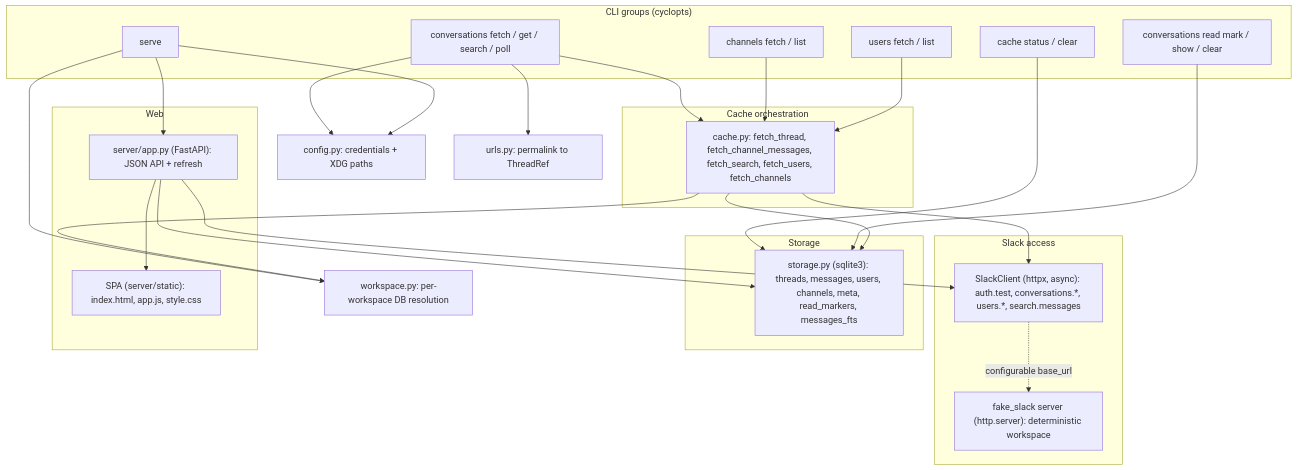
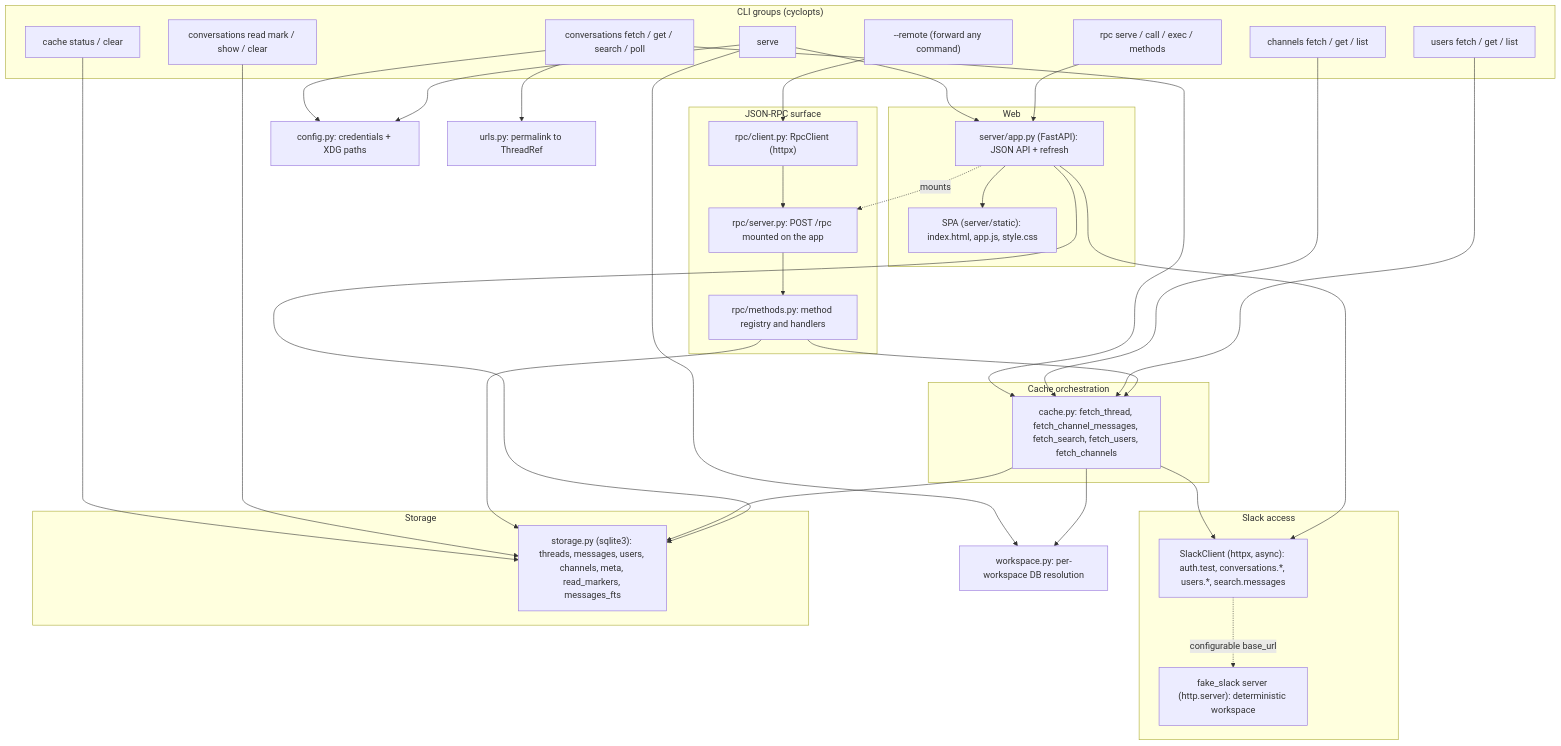
Before and after one commit to TomzxCode/slackx: the first of 5 diagrams in .sdlc/context/architecture.md, drawn with Mermaid. The commit also changed other lines of this file and 57 other files, not shown here.

First line of the commit message:
chore(sdlc): sync context with RPC surface, rename features to pN

````diff
--- a/.sdlc/context/architecture.md
+++ b/.sdlc/context/architecture.md
@@ -10,51 +11,66 @@
 ```mermaid
 flowchart TB
     subgraph CLI["CLI groups (cyclopts)"]
         conv["conversations fetch / get / search / poll"]
-        chans["channels fetch / list"]
-        usrs["users fetch / list"]
+        chans["channels fetch / get / list"]
+        usrs["users fetch / get / list"]
         caches["cache status / clear"]
         reads["conversations read mark / show / clear"]
+        rpcs["rpc serve / call / exec / methods"]
+        remote["--remote (forward any command)"]
         serve["serve"]
     end
 
     subgraph ORCH["Cache orchestration"]
         cache["cache.py: fetch_thread, fetch_channel_messages, fetch_search, fetch_users, fetch_channels"]
     end
 
     subgraph NET["Slack access"]
         client["SlackClient (httpx, async): auth.test, conversations.*, users.*, search.messages"]
         fake["fake_slack server (http.server): deterministic workspace"]
     end
 
     subgraph STORE["Storage"]
         storage["storage.py (sqlite3): threads, messages, users, channels, meta, read_markers, messages_fts"]
     end
 
     subgraph WEB["Web"]
         api["server/app.py (FastAPI): JSON API + refresh"]
         spa["SPA (server/static): index.html, app.js, style.css"]
     end
 
+    subgraph RPCL["JSON-RPC surface"]
+        endpoint["rpc/server.py: POST /rpc mounted on the app"]
+        registry["rpc/methods.py: method registry and handlers"]
+        rpcclient["rpc/client.py: RpcClient (httpx)"]
+    end
+
     cfg["config.py: credentials + XDG paths"]
     urls["urls.py: permalink to ThreadRef"]
     ws["workspace.py: per-workspace DB resolution"]
 
     conv --> cache
     chans --> cache
     usrs --> cache
     caches --> storage
     reads --> storage
     serve --> api
+    rpcs --> api
+    api -. "mounts" .-> endpoint
+    endpoint --> registry
+    registry --> cache
+    registry --> storage
+    remote --> rpcclient
+    rpcclient --> endpoint
     cache --> client
     cache --> storage
     client -. "configurable base_url" .-> fake
     api --> storage
     api --> client
     api --> spa
     conv --> urls
     conv --> cfg
     serve --> cfg
     serve --> ws
     cache --> ws
 ```
````
